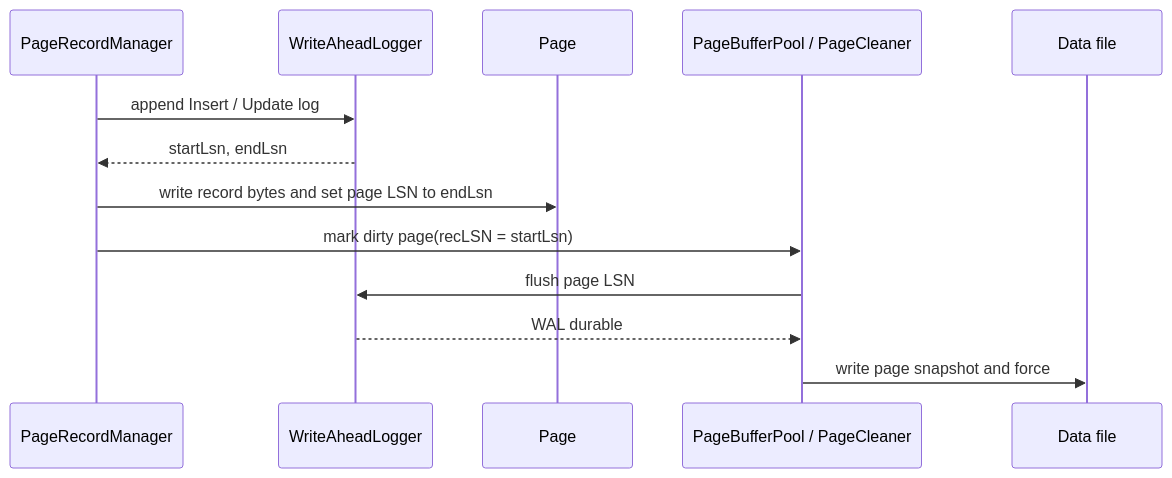
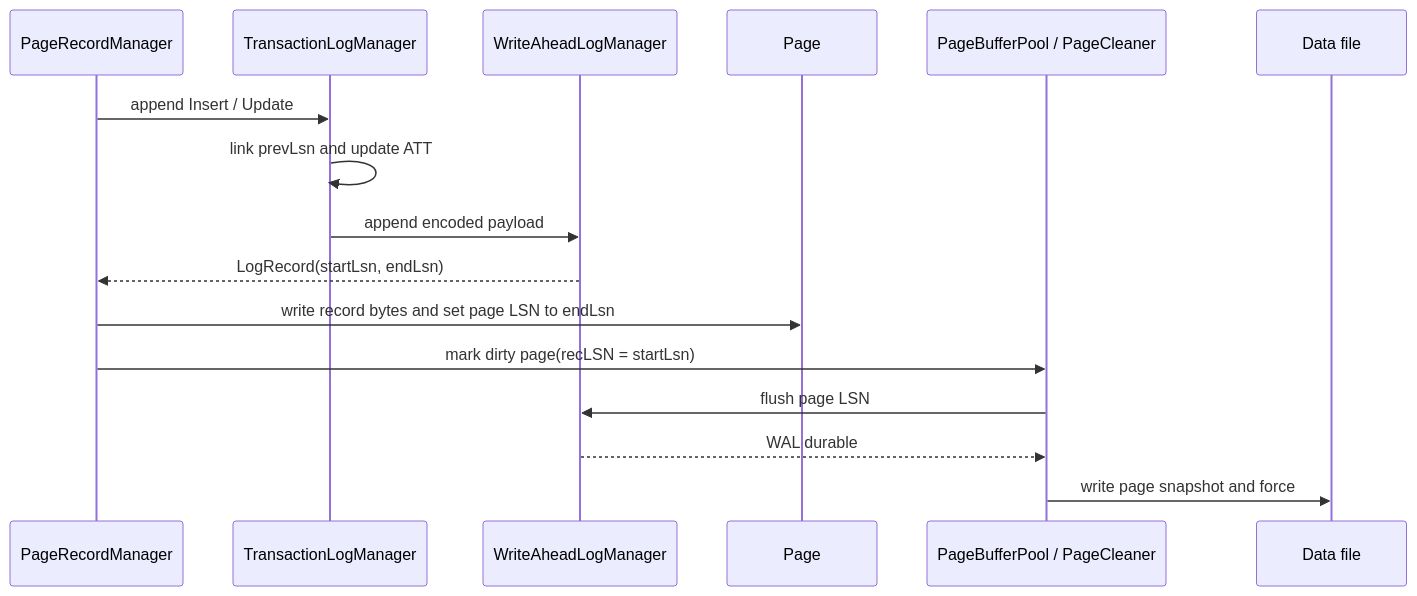
The second of 8 diagrams in docs/architecture/06-runtime.md (SarekCuimian/minisql), drawn with Mermaid before and after one commit. The commit also changed other lines of this file and 29 other files, not shown here.

````diff
--- a/docs/architecture/06-runtime.md
+++ b/docs/architecture/06-runtime.md
@@ -34,16 +34,19 @@
 ```mermaid
 sequenceDiagram
     participant R as PageRecordManager
-    participant L as WriteAheadLogger
+    participant T as TransactionLogManager
+    participant W as WriteAheadLogManager
     participant P as Page
     participant C as PageBufferPool / PageCleaner
     participant F as Data file
 
-    R->>L: append Insert / Update log
-    L-->>R: startLsn, endLsn
+    R->>T: append Insert / Update
+    T->>T: link prevLsn and update ATT
+    T->>W: append encoded payload
+    W-->>R: LogRecord(startLsn, endLsn)
     R->>P: write record bytes and set page LSN to endLsn
     R->>C: mark dirty page(recLSN = startLsn)
-    C->>L: flush page LSN
-    L-->>C: WAL durable
+    C->>W: flush page LSN
+    W-->>C: WAL durable
     C->>F: write page snapshot and force
 ```
````
